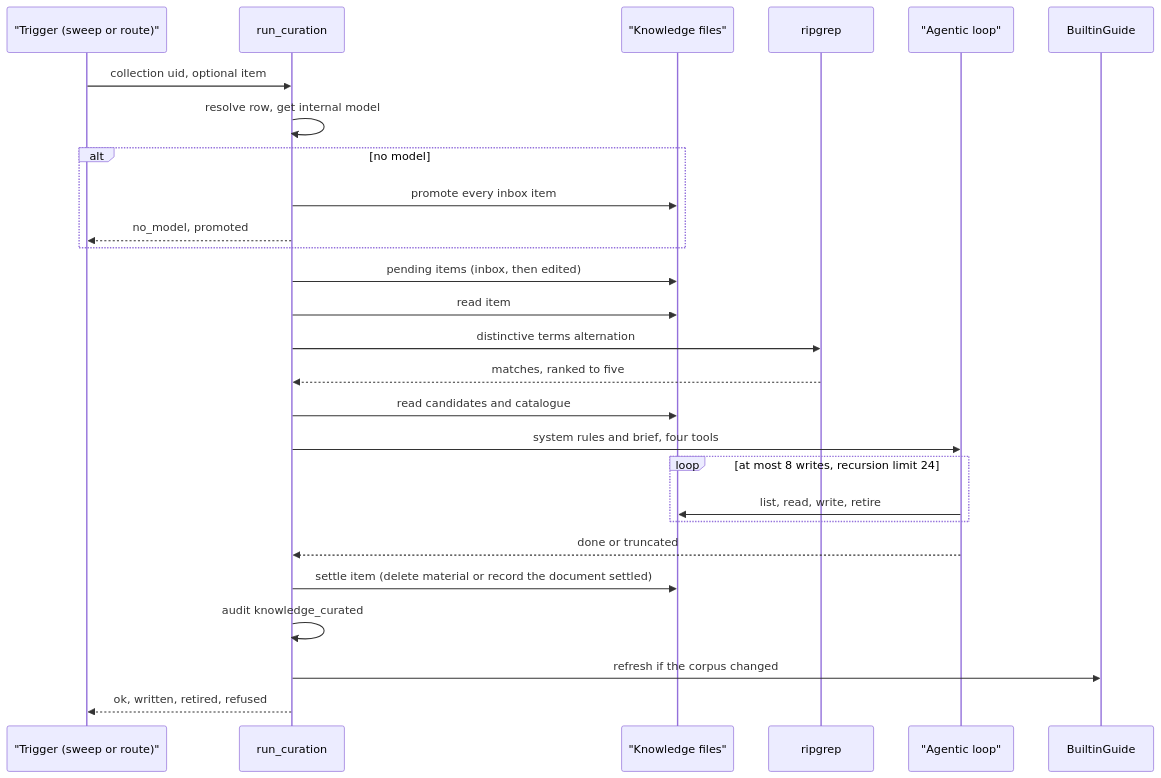
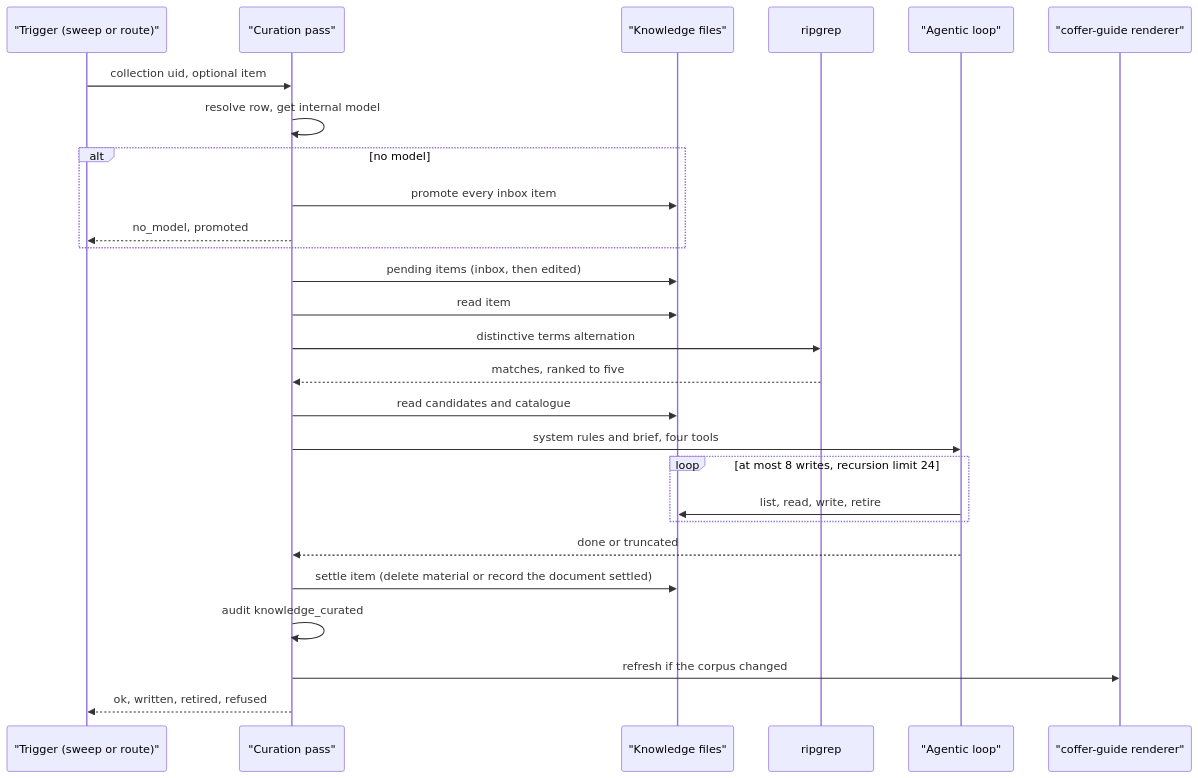
The second of 3 diagrams in docs-site/architecture/knowledge.md (wyx-sg/Coffer), drawn with Mermaid before and after one commit. The commit also changed other lines of this file and 29 other files, not shown here.

First line of the commit message:
docs(site): explain the architecture in plain terms, without source detail

````diff
--- a/docs-site/architecture/knowledge.md
+++ b/docs-site/architecture/knowledge.md
@@ -209,29 +209,29 @@
 ```mermaid
 sequenceDiagram
   participant T as "Trigger (sweep or route)"
-  participant P as run_curation
+  participant P as "Curation pass"
   participant FS as "Knowledge files"
   participant RG as ripgrep
   participant L as "Agentic loop"
-  participant G as BuiltinGuide
+  participant G as "coffer-guide renderer"
   T->>P: collection uid, optional item
   P->>P: resolve row, get internal model
   alt no model
     P->>FS: promote every inbox item
     P-->>T: no_model, promoted
   end
   P->>FS: pending items (inbox, then edited)
   P->>FS: read item
   P->>RG: distinctive terms alternation
   RG-->>P: matches, ranked to five
   P->>FS: read candidates and catalogue
   P->>L: system rules and brief, four tools
   loop at most 8 writes, recursion limit 24
     L->>FS: list, read, write, retire
   end
   L-->>P: done or truncated
   P->>FS: settle item (delete material or record the document settled)
   P->>P: audit knowledge_curated
   P->>G: refresh if the corpus changed
   P-->>T: ok, written, retired, refused
 ```
````
